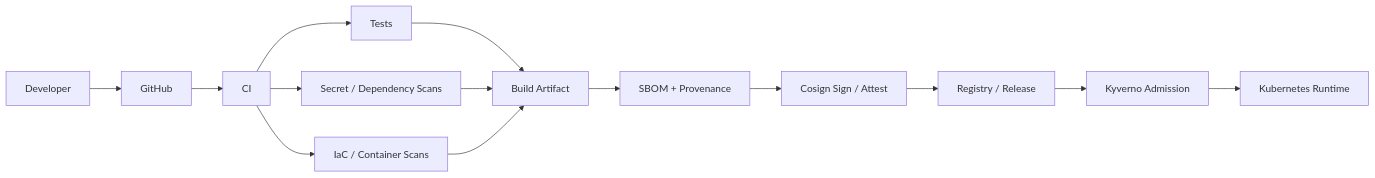
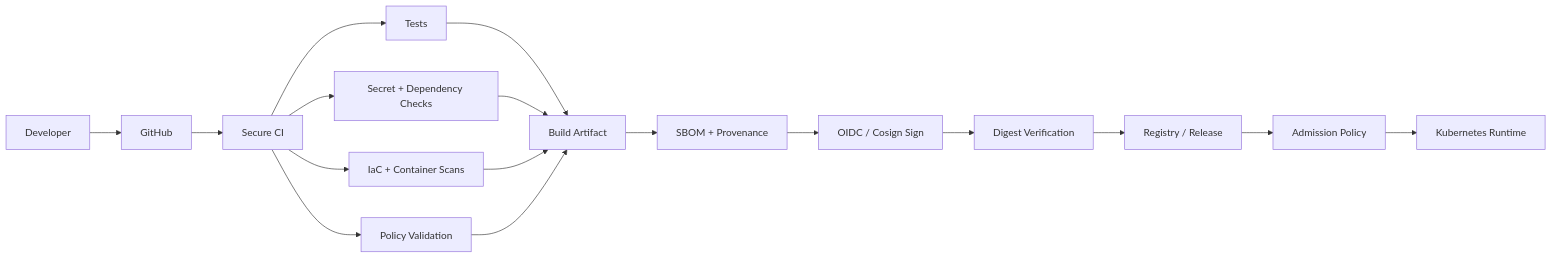
The diagram in README.md (obinna-obika-devops/devsecops-supply-chain-security), drawn with Mermaid before and after one commit. The commit also changed other lines of this file, not shown here.

````diff
--- a/README.md
+++ b/README.md
@@ -18,16 +33,19 @@
 ```mermaid
 flowchart LR
     A[Developer] --> B[GitHub]
-    B --> C[CI]
+    B --> C[Secure CI]
     C --> D[Tests]
-    C --> E[Secret / Dependency Scans]
-    C --> F[IaC / Container Scans]
-    D --> G[Build Artifact]
-    E --> G
-    F --> G
-    G --> H[SBOM + Provenance]
-    H --> I[Cosign Sign / Attest]
-    I --> J[Registry / Release]
-    J --> K[Kyverno Admission]
-    K --> L[Kubernetes Runtime]
+    C --> E[Secret + Dependency Checks]
+    C --> F[IaC + Container Scans]
+    C --> G[Policy Validation]
+    D --> H[Build Artifact]
+    E --> H
+    F --> H
+    G --> H
+    H --> I[SBOM + Provenance]
+    I --> J[OIDC / Cosign Sign]
+    J --> K[Digest Verification]
+    K --> L[Registry / Release]
+    L --> M[Admission Policy]
+    M --> N[Kubernetes Runtime]
 ```
````
